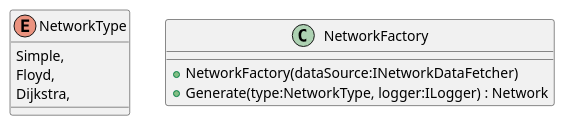
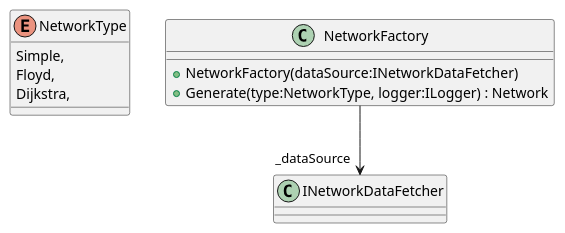
One commit to Liftyee/london-tube-navigator changed the diagram in TubeChallengeRouter/puml/TransportNetwork/NetworkFactory.puml. Above: the diagram before and after it, drawn with PlantUML. The commit also changed 36 other files, not shown here.

Commit message:
regenerate uml

```diff
--- a/TubeChallengeRouter/puml/TransportNetwork/NetworkFactory.puml
+++ b/TubeChallengeRouter/puml/TransportNetwork/NetworkFactory.puml
@@ -1,11 +1,12 @@
 @startuml
 enum NetworkType {
     Simple,
     Floyd,
     Dijkstra,
 }
 class NetworkFactory {
     + NetworkFactory(dataSource:INetworkDataFetcher)
     + Generate(type:NetworkType, logger:ILogger) : Network
 }
+NetworkFactory --> "_dataSource" INetworkDataFetcher
 @enduml
```
